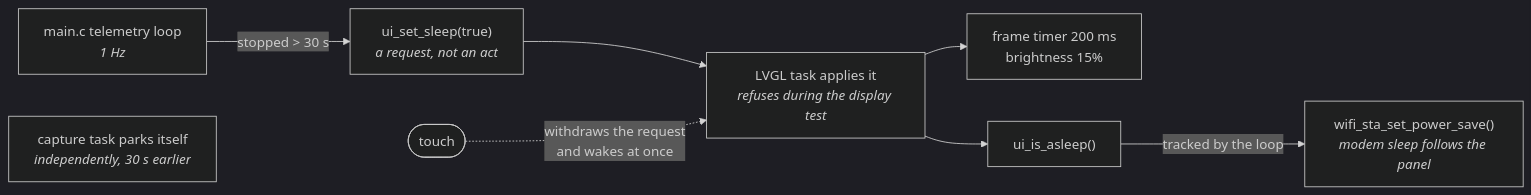
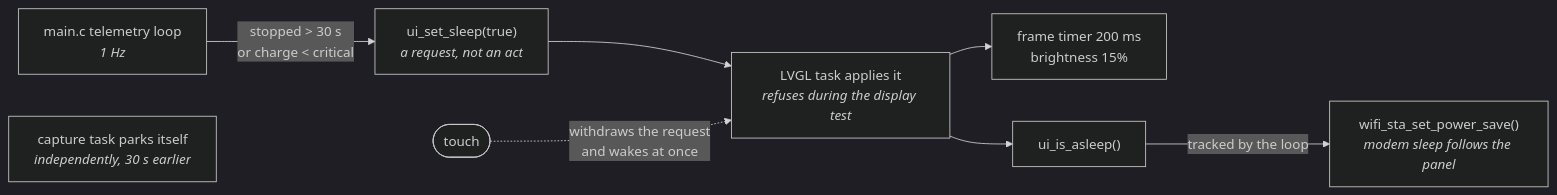
Before and after one commit to dg-edcharbeneau/esp32-deepgram-voice-agent: the fourth of 9 diagrams in docs/architecture.md, drawn with Mermaid (dark theme). The commit also changed other lines of this file and 5 other files, not shown here.

````diff
--- a/docs/architecture.md
+++ b/docs/architecture.md
@@ -237,10 +241,10 @@
 ```mermaid
 flowchart LR
-    tlm["main.c telemetry loop<br/><i>1 Hz</i>"] -->|"stopped > 30 s"| want["ui_set_sleep(true)<br/><i>a request, not an act</i>"]
+    tlm["main.c telemetry loop<br/><i>1 Hz</i>"] -->|"stopped > 30 s<br/>or charge < critical"| want["ui_set_sleep(true)<br/><i>a request, not an act</i>"]
     want --> lvgl["LVGL task applies it<br/><i>refuses during the display test</i>"]
     lvgl --> panel["frame timer 200 ms<br/>brightness 15%"]
     touch(["touch"]) -.->|"withdraws the request<br/>and wakes at once"| lvgl
     lvgl --> truth["ui_is_asleep()"]
     truth -->|"tracked by the loop"| radio["wifi_sta_set_power_save()<br/><i>modem sleep follows the panel</i>"]
     mic["capture task parks itself<br/><i>independently, 30 s earlier</i>"]
 ```
````
